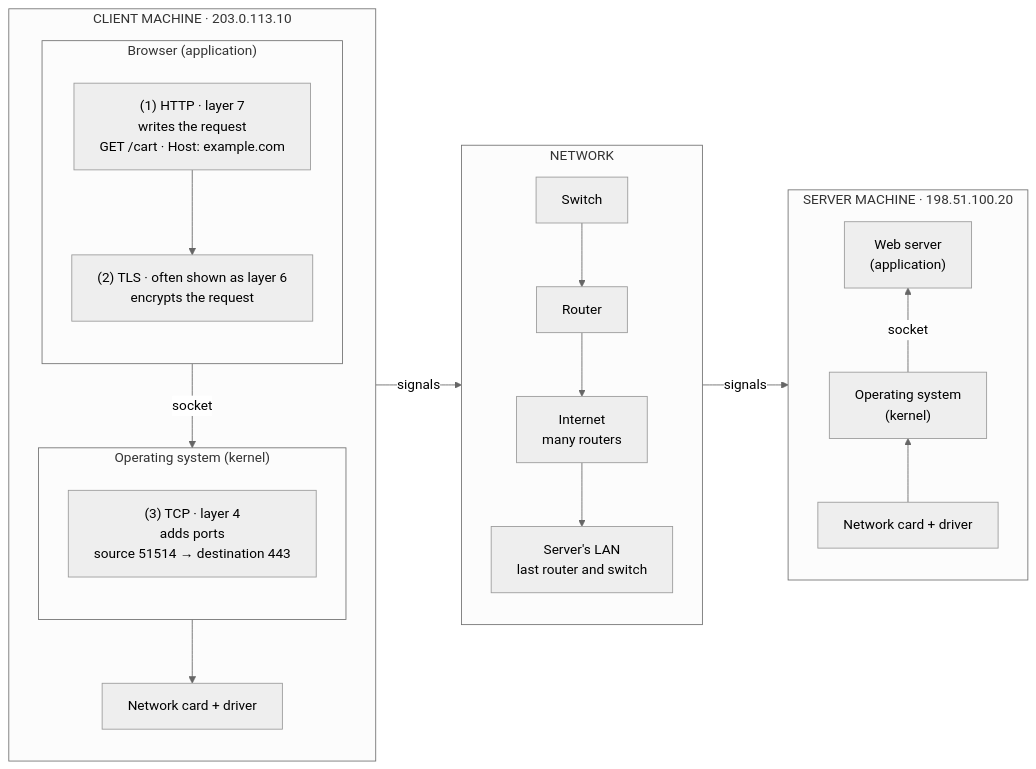
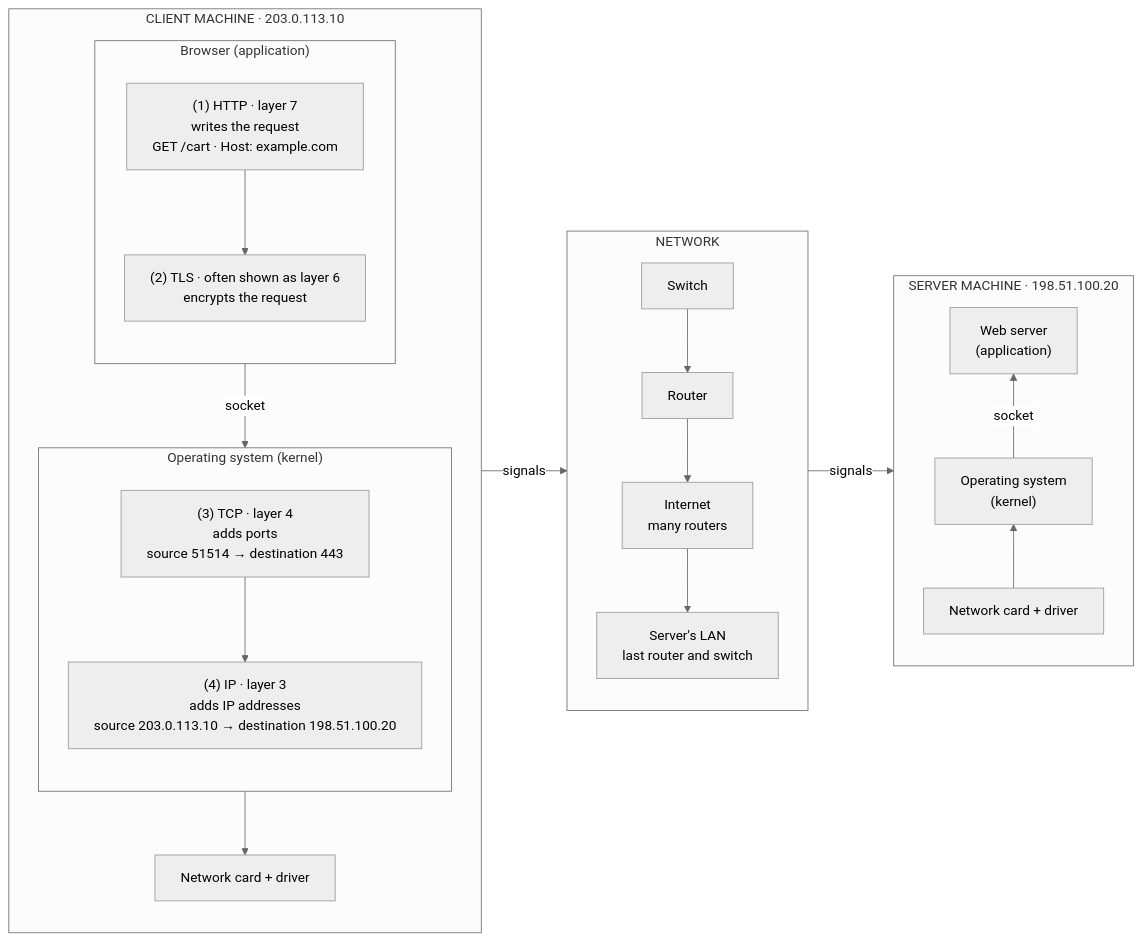
Before and after one commit to AndresLopezEsquivel/AWS: the diagram in topics/networking/networking-fundamentals/https-request-journey.md, drawn with Mermaid (neutral theme). The commit also changed other lines of this file and 1 other file, not shown here.

````diff
--- a/topics/networking/networking-fundamentals/https-request-journey.md
+++ b/topics/networking/networking-fundamentals/https-request-journey.md
@@ -17,29 +17,29 @@
 ```mermaid
 %%{init: {"flowchart": {"wrappingWidth": 420}}}%%
 flowchart LR
     subgraph CLIENT ["CLIENT MACHINE · 203.0.113.10"]
         direction TB
         subgraph C_APP ["Browser (application)"]
             direction TB
             J1["(1) HTTP · layer 7<br/>writes the request<br/>GET /cart · Host: example.com"] --> J2["(2) TLS · often shown as layer 6<br/>encrypts the request"]
         end
         subgraph C_OS ["Operating system (kernel)"]
             direction TB
-            J3["(3) TCP · layer 4<br/>adds ports<br/>source 51514 → destination 443"]
+            J3["(3) TCP · layer 4<br/>adds ports<br/>source 51514 → destination 443"] --> J4["(4) IP · layer 3<br/>adds IP addresses<br/>source 203.0.113.10 → destination 198.51.100.20"]
         end
         C_NIC["Network card + driver"]
         C_APP -- socket --> C_OS --> C_NIC
     end
 
     subgraph NET ["NETWORK"]
         direction TB
         SW["Switch"] --> R1["Router"] --> INET["Internet<br/>many routers"] --> LAN["Server's LAN<br/>last router and switch"]
     end
 
     subgraph SERVER ["SERVER MACHINE · 198.51.100.20"]
         direction BT
         S_NIC["Network card + driver"] --> S_OS["Operating system<br/>(kernel)"] -- socket --> S_APP["Web server<br/>(application)"]
     end
 
     CLIENT -- signals --> NET -- signals --> SERVER
 ```
````
